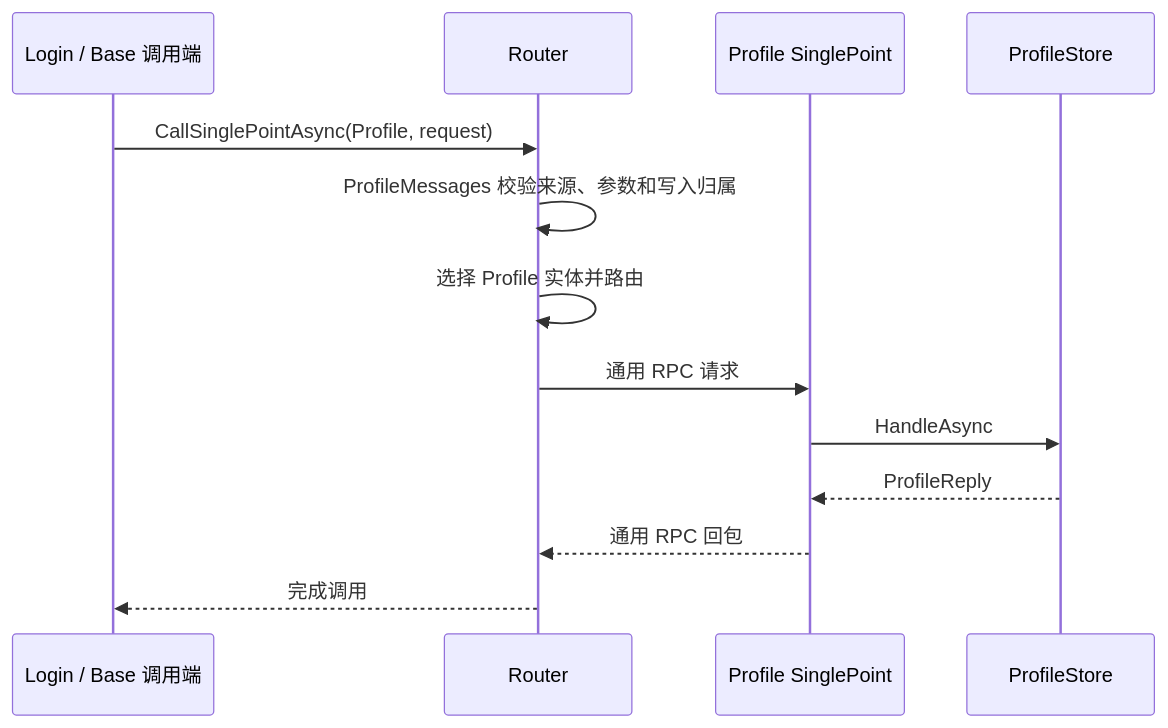
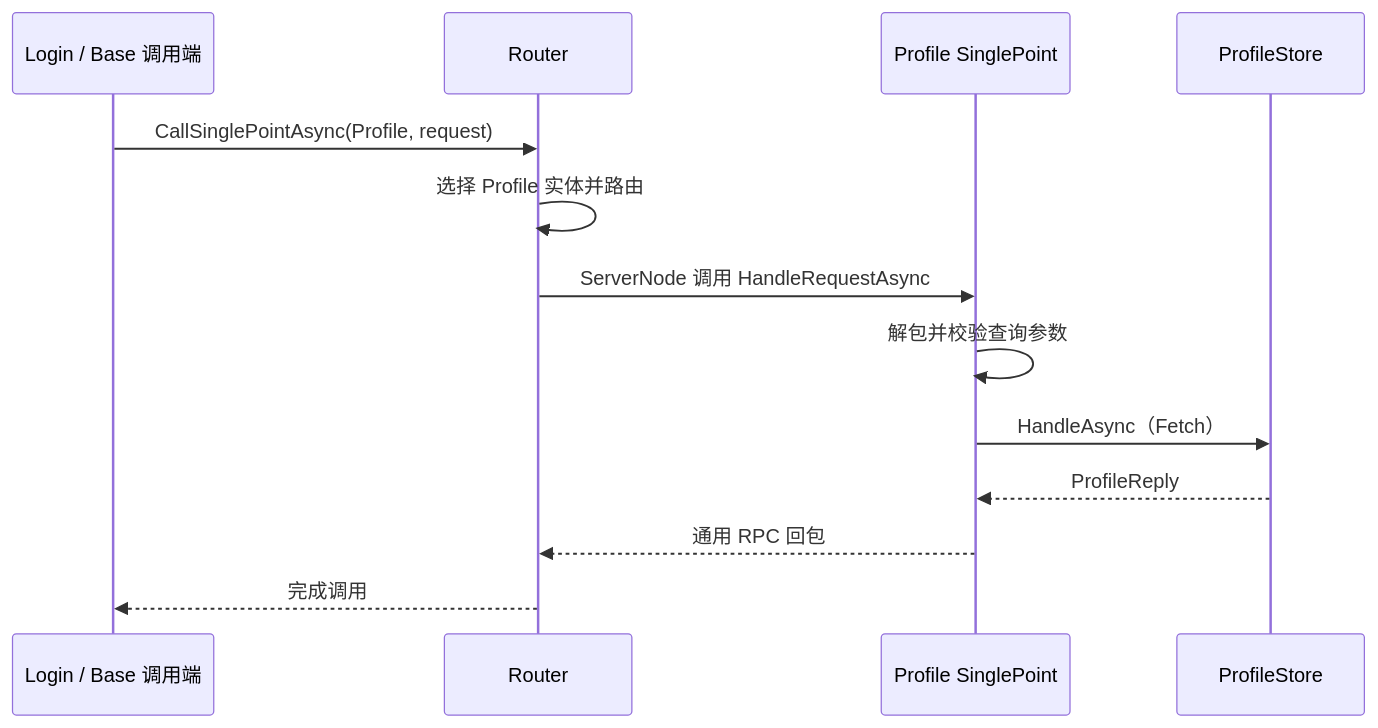
One commit to enuquak/TGame changed the diagram in docs/代码Review路径.md. Above: the diagram before and after it, drawn with Mermaid. The commit also changed other lines of this file and 23 other files, not shown here.

````diff
--- a/docs/代码Review路径.md
+++ b/docs/代码Review路径.md
@@ -122,15 +121,15 @@
 ```mermaid
 sequenceDiagram
     participant L as Login / Base 调用端
     participant R as Router
     participant P as Profile SinglePoint
     participant S as ProfileStore
     L->>R: CallSinglePointAsync(Profile, request)
-    R->>R: ProfileMessages 校验来源、参数和写入归属
     R->>R: 选择 Profile 实体并路由
-    R->>P: 通用 RPC 请求
-    P->>S: HandleAsync
+    R->>P: ServerNode 调用 HandleRequestAsync
+    P->>P: 解包并校验查询参数
+    P->>S: HandleAsync（Fetch）
     S-->>P: ProfileReply
     P-->>R: 通用 RPC 回包
     R-->>L: 完成调用
 ```
````
